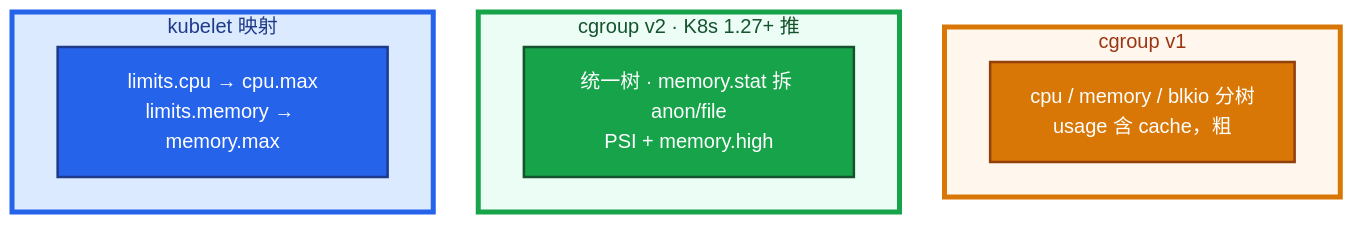
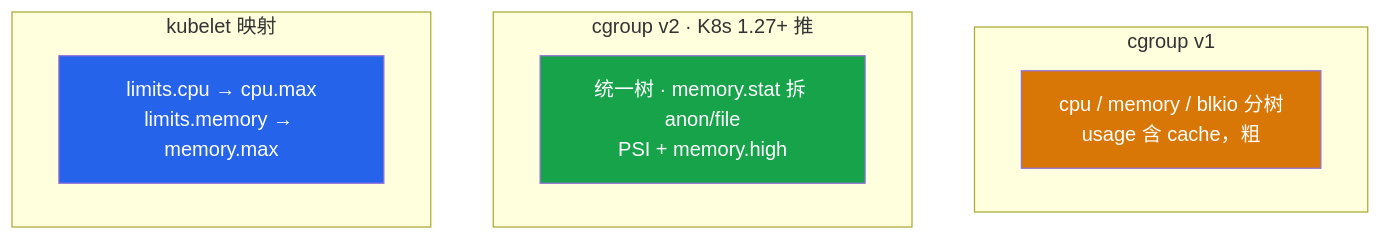
One commit to ml-cuizijun/LearnToLilith changed the third of 8 diagrams in 02-基础底座/07-cgroup与容器/知识点.md. Above: the diagram before and after it, drawn with Mermaid. The commit also changed other lines of this file and 213 other files, not shown here.

````diff
--- a/02-基础底座/07-cgroup与容器/知识点.md
+++ b/02-基础底座/07-cgroup与容器/知识点.md
@@ -136,24 +118,19 @@
 ```mermaid
-%%{init: {"flowchart": {"padding": 16, "nodeSpacing": 36, "rankSpacing": 48}, "theme": "base"}}%%
 flowchart TB
     subgraph v1 ["cgroup v1"]
         v1n["cpu / memory / blkio 分树<br/>usage 含 cache，粗"]
     end
     subgraph v2 ["cgroup v2 · K8s 1.27+ 推"]
         v2n["统一树 · memory.stat 拆 anon/file<br/>PSI + memory.high"]
     end
     subgraph k8s ["kubelet 映射"]
         k["limits.cpu → cpu.max<br/>limits.memory → memory.max"]
     end
 
-    classDef a fill:#D97706,stroke:#92400E,stroke-width:2px,color:#fff
-    classDef b fill:#16A34A,stroke:#14532D,stroke-width:2px,color:#fff
-    classDef c fill:#2563EB,stroke:#1E3A8A,stroke-width:2px,color:#fff
+    classDef a fill:#D97706,color:#fff
+    classDef b fill:#16A34A,color:#fff
+    classDef c fill:#2563EB,color:#fff
     class v1n a
     class v2n b
     class k c
-
-    style v1 fill:#FFF7ED,stroke:#D97706,stroke-width:4px,color:#9A3412
-    style v2 fill:#ECFDF5,stroke:#16A34A,stroke-width:4px,color:#14532D
-    style k8s fill:#DBEAFE,stroke:#2563EB,stroke-width:4px,color:#1E3A8A
 ```
````
